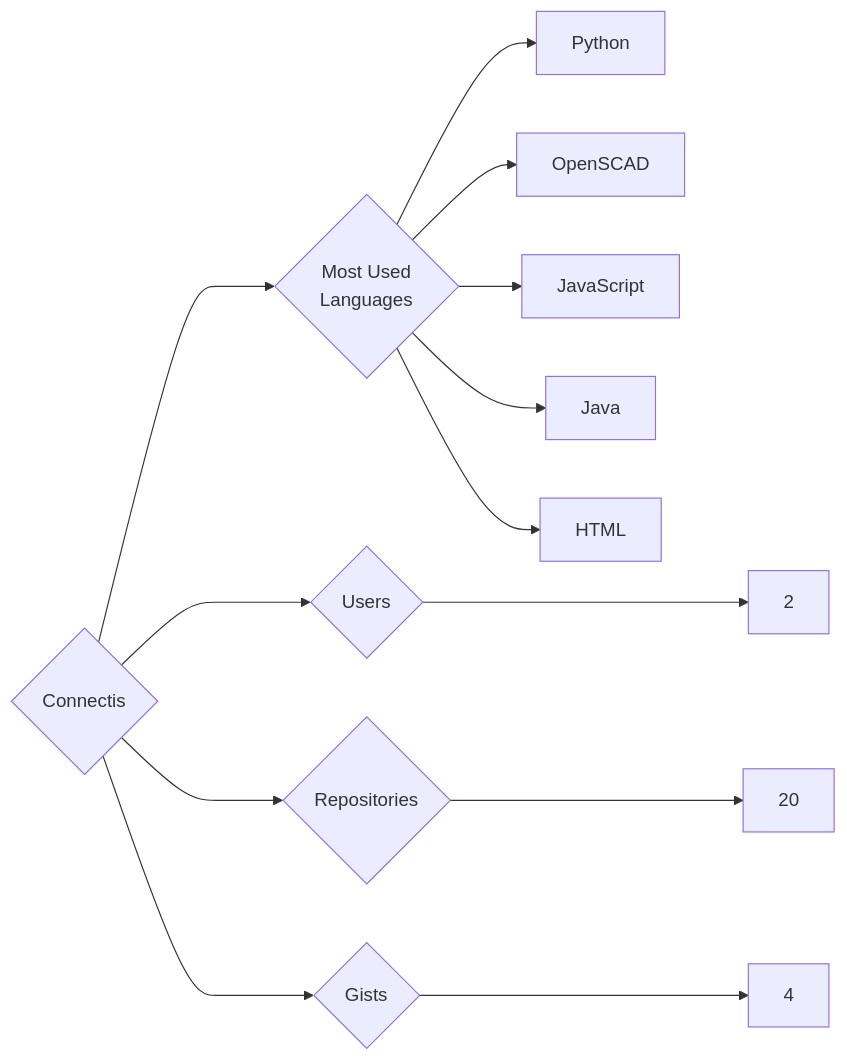
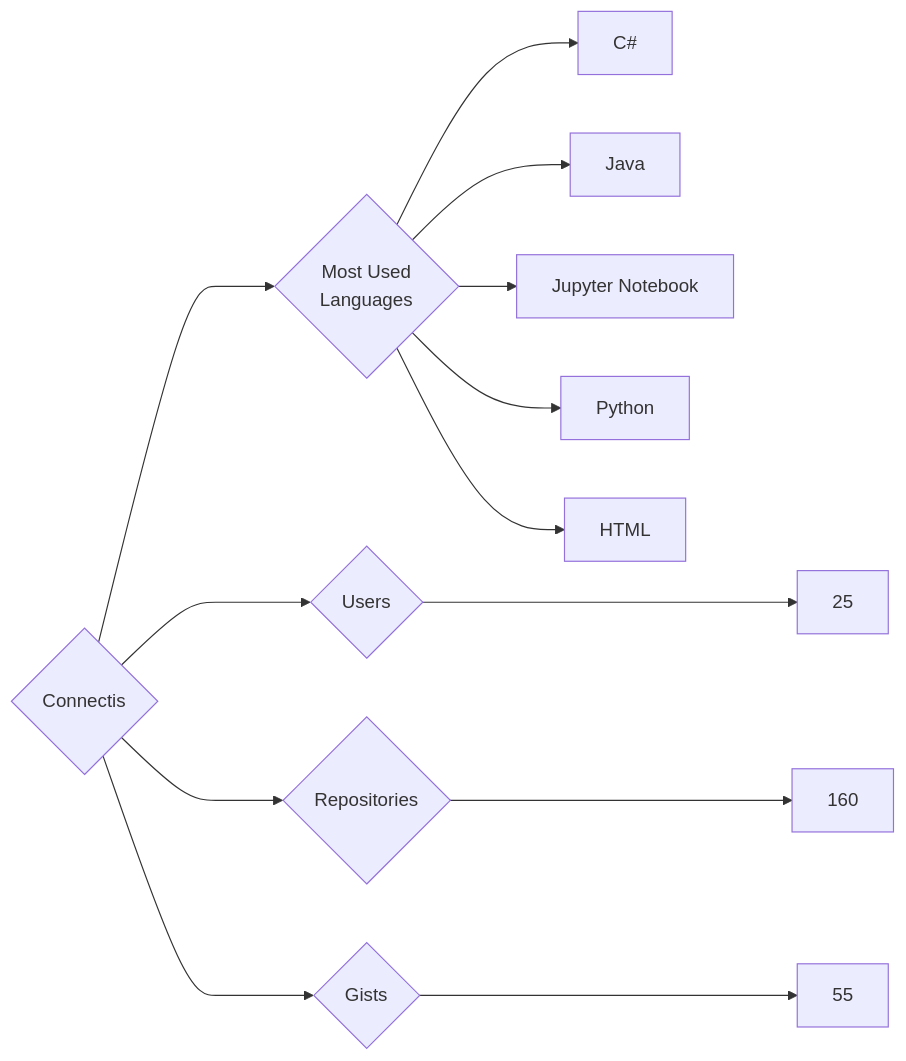
Before and after one commit to trickest/insiders: the diagram in targets/Connectis/README.md, drawn with Mermaid. The commit also changed 749 other files, not shown here.

````diff
--- a/targets/Connectis/README.md
+++ b/targets/Connectis/README.md
@@ -3,13 +3,13 @@
 ```mermaid
 graph LR
 COMPANY_NAME{Connectis}
-COMPANY_NAME ---> U{Users} ---> UN[2]
-COMPANY_NAME ---> R{Repositories} ---> RN[20]
-COMPANY_NAME ---> G{Gists} ---> GN[4]
+COMPANY_NAME ---> U{Users} ---> UN[25]
+COMPANY_NAME ---> R{Repositories} ---> RN[160]
+COMPANY_NAME ---> G{Gists} ---> GN[55]
 COMPANY_NAME ---> ML{Most Used<br>Languages}
+ML --> C#[C#]
+ML --> Java[Java]
+ML --> Jupyter_Notebook[Jupyter Notebook]
 ML --> Python[Python]
-ML --> OpenSCAD[OpenSCAD]
-ML --> JavaScript[JavaScript]
-ML --> Java[Java]
 ML --> HTML[HTML]
 ```
````
